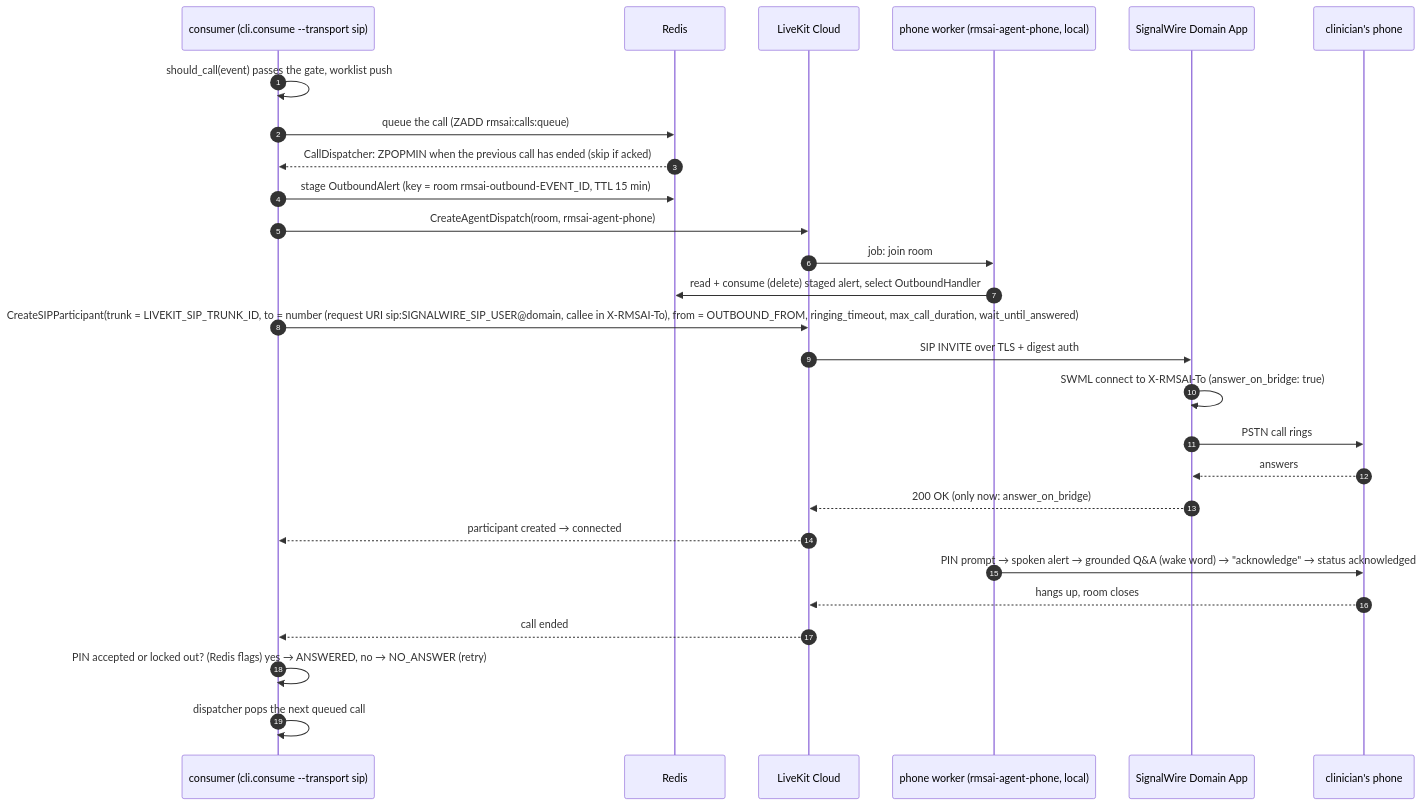
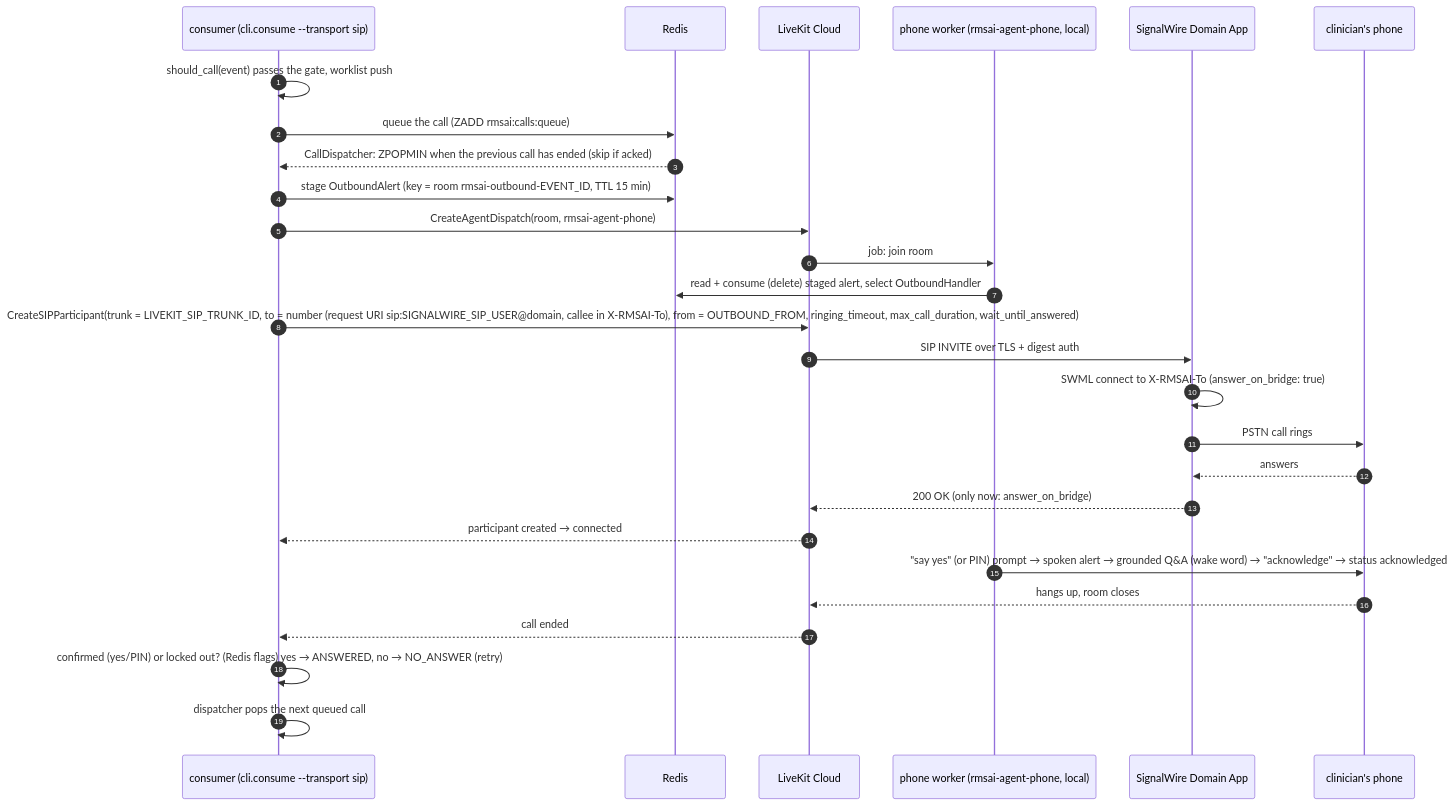
Before and after one commit to crtx-sg/rmsai-relay: the fourth of 5 diagrams in ARCHITECTURE.md, drawn with Mermaid. The commit also changed other lines of this file and 23 other files, not shown here.

````diff
--- a/ARCHITECTURE.md
+++ b/ARCHITECTURE.md
@@ -581,29 +584,29 @@
 ```mermaid
 sequenceDiagram
     autonumber
     participant C as consumer (cli.consume --transport sip)
     participant R as Redis
     participant LK as LiveKit Cloud
     participant W as phone worker (rmsai-agent-phone, local)
     participant SW as SignalWire Domain App
     participant P as clinician's phone
     C->>C: should_call(event) passes the gate, worklist push
     C->>R: queue the call (ZADD rmsai:calls:queue)
     R-->>C: CallDispatcher: ZPOPMIN when the previous call has ended (skip if acked)
     C->>R: stage OutboundAlert (key = room rmsai-outbound-EVENT_ID, TTL 15 min)
     C->>LK: CreateAgentDispatch(room, rmsai-agent-phone)
     LK->>W: job: join room
     W->>R: read + consume (delete) staged alert, select OutboundHandler
     C->>LK: CreateSIPParticipant(trunk = LIVEKIT_SIP_TRUNK_ID, to = number (request URI sip:SIGNALWIRE_SIP_USER@domain, callee in X-RMSAI-To), from = OUTBOUND_FROM, ringing_timeout, max_call_duration, wait_until_answered)
     LK->>SW: SIP INVITE over TLS + digest auth
     SW->>SW: SWML connect to X-RMSAI-To (answer_on_bridge: true)
     SW->>P: PSTN call rings
     P-->>SW: answers
     SW-->>LK: 200 OK (only now: answer_on_bridge)
     LK-->>C: participant created → connected
-    W->>P: PIN prompt → spoken alert → grounded Q&A (wake word) → "acknowledge" → status acknowledged
+    W->>P: "say yes" (or PIN) prompt → spoken alert → grounded Q&A (wake word) → "acknowledge" → status acknowledged
     P-->>LK: hangs up, room closes
     LK-->>C: call ended
-    C->>C: PIN accepted or locked out? (Redis flags) yes → ANSWERED, no → NO_ANSWER (retry)
+    C->>C: confirmed (yes/PIN) or locked out? (Redis flags) yes → ANSWERED, no → NO_ANSWER (retry)
     C->>C: dispatcher pops the next queued call
 ```
````
